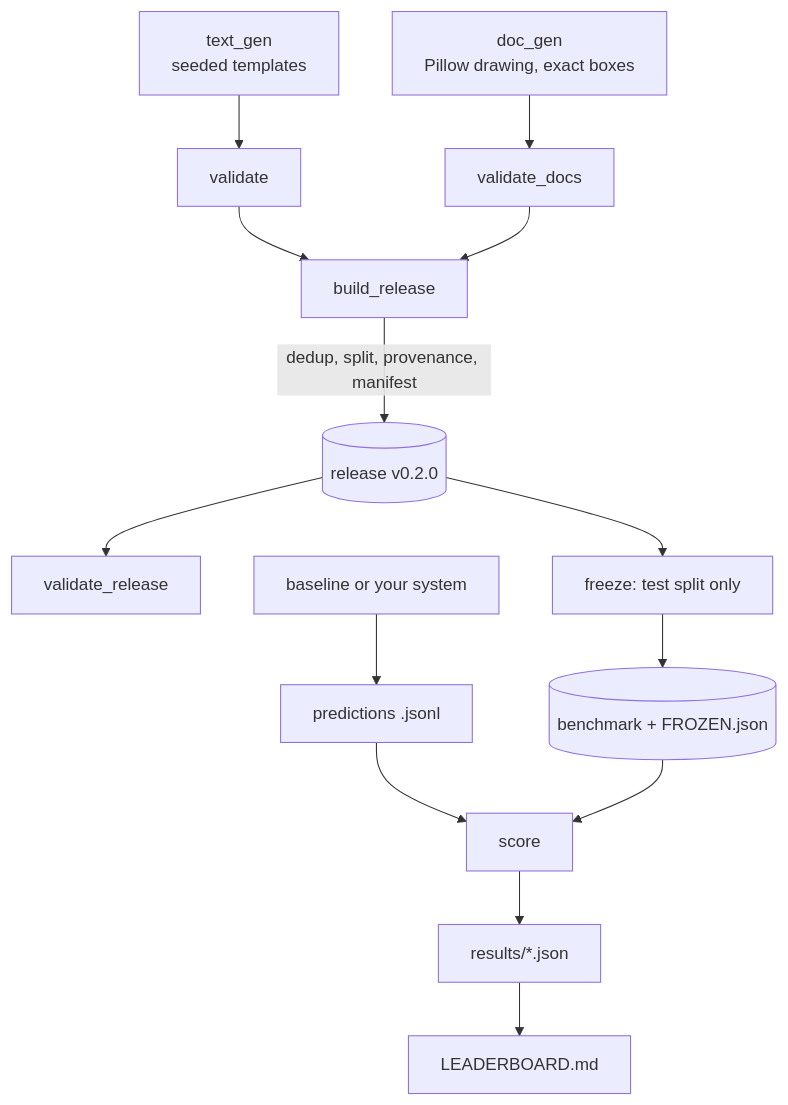
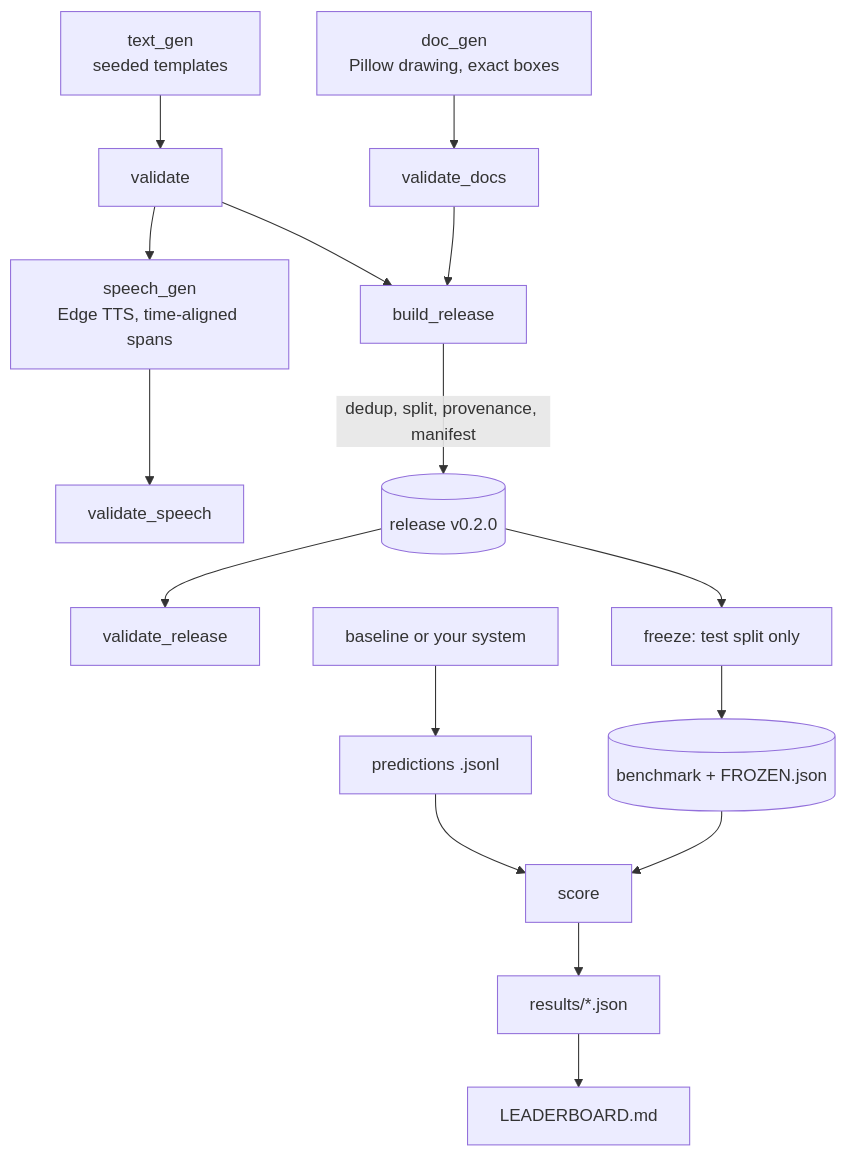
Before and after one commit to hussain-khalid/pii-dataset-toolkit: the diagram in docs/pipeline.md, drawn with Mermaid. The commit also changed other lines of this file and 2 other files, not shown here.

````diff
--- a/docs/pipeline.md
+++ b/docs/pipeline.md
@@ -6,16 +6,18 @@
 ```mermaid
 flowchart TD
     TG[text_gen<br/>seeded templates] --> V1[validate]
     DG[doc_gen<br/>Pillow drawing, exact boxes] --> V2[validate_docs]
+    V1 --> SG[speech_gen<br/>Edge TTS, time-aligned spans]
+    SG --> VS[validate_speech]
     V1 --> BR[build_release]
     V2 --> BR
-    BR -->|dedup, split, provenance, manifest| REL[(release v0.2.0)]
+    BR --> |dedup, split, provenance, manifest| REL[(release v0.2.0)]
     REL --> VR[validate_release]
     REL --> FZ[freeze: test split only]
     FZ --> BM[(benchmark + FROZEN.json)]
     SYS[baseline or your system] --> PR[predictions .jsonl]
     PR --> SC[score]
     BM --> SC
     SC --> RES[results/*.json]
     RES --> LB[LEADERBOARD.md]
 ```
````
